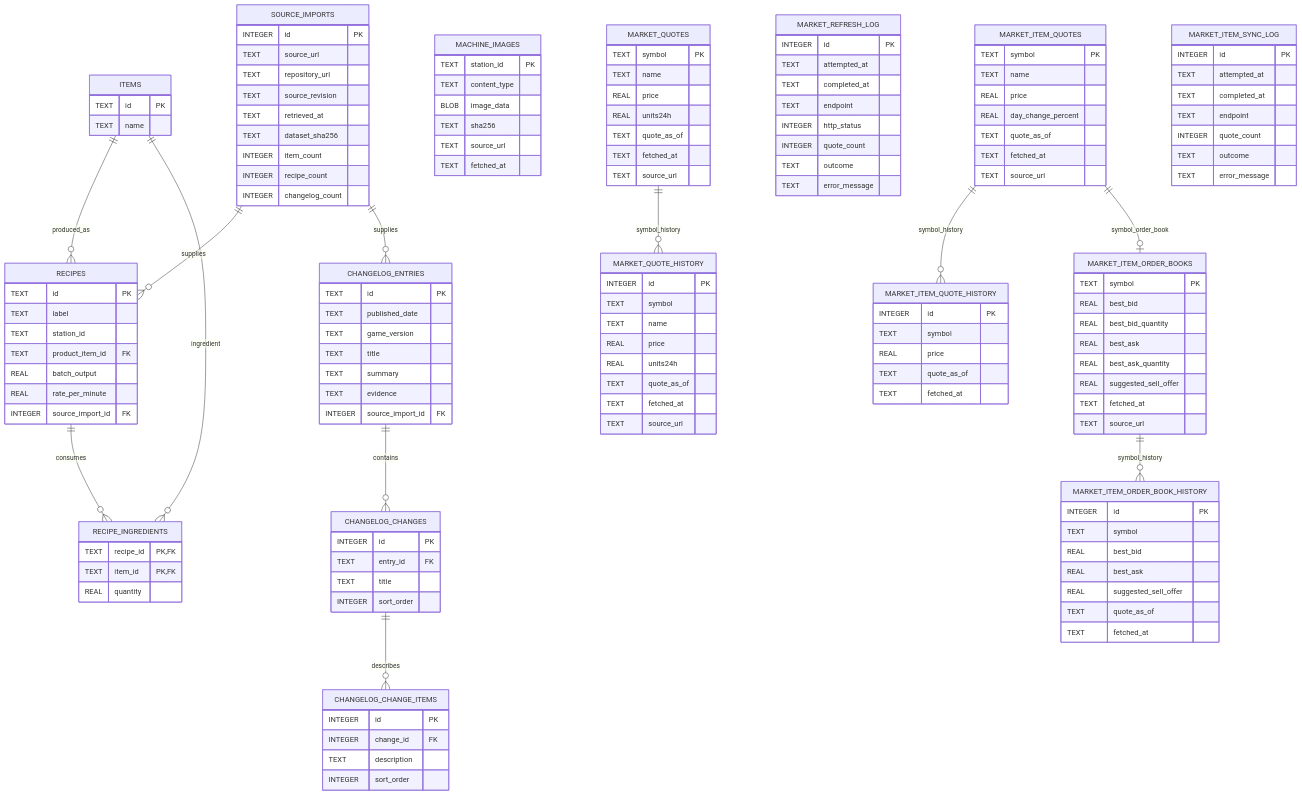
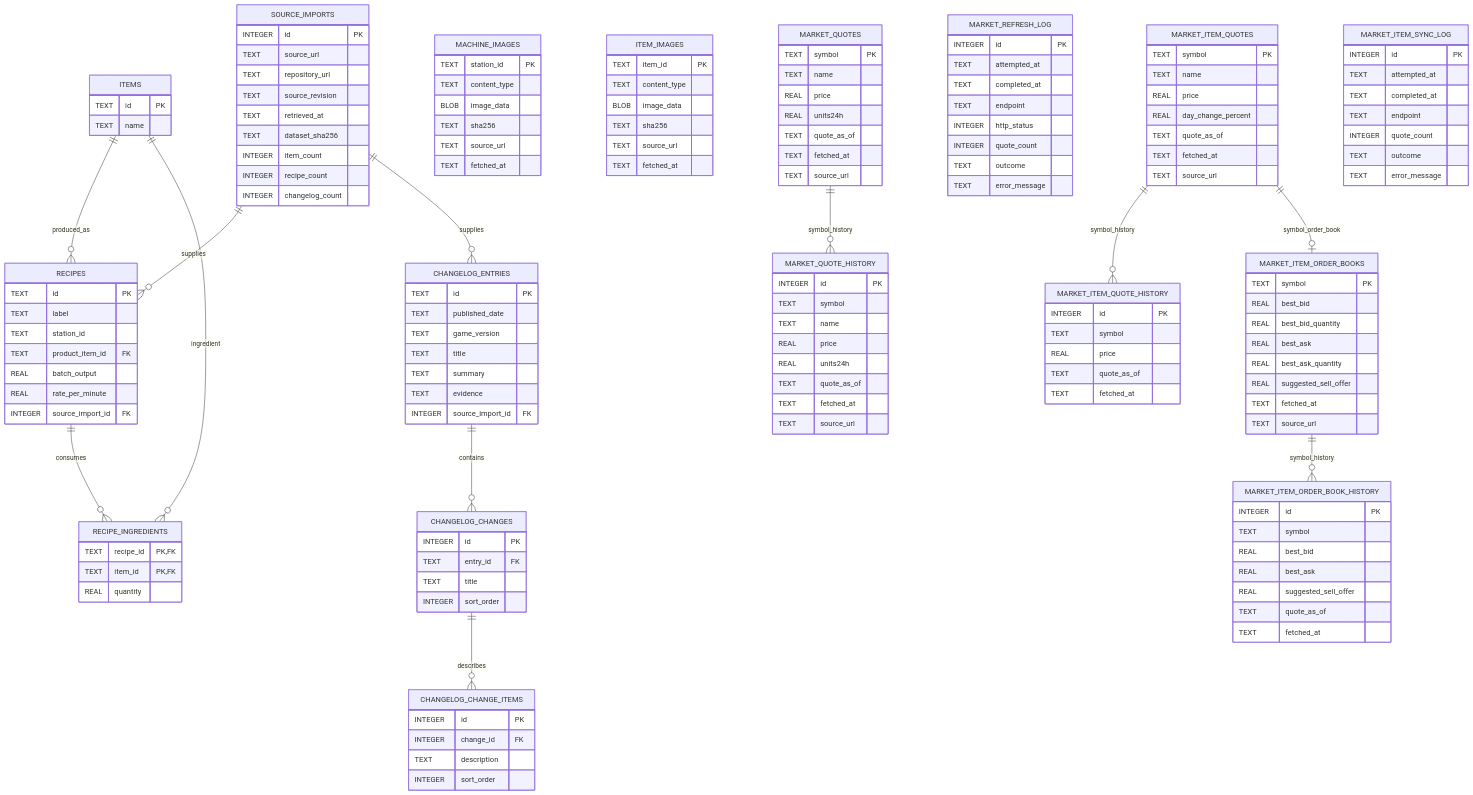
One commit to ffishstix/capitalCalculator changed the diagram in docs/DATABASE_DIAGRAM.md. Above: the diagram before and after it, drawn with Mermaid. The commit also changed other lines of this file and 14 other files, not shown here.

Commit message:
Store game item images in D1 and show them throughout planner

```diff
--- a/docs/DATABASE_DIAGRAM.md
+++ b/docs/DATABASE_DIAGRAM.md
@@ -23,6 +23,15 @@
 
     MACHINE_IMAGES {
         TEXT station_id PK
+        TEXT content_type
+        BLOB image_data
+        TEXT sha256
+        TEXT source_url
+        TEXT fetched_at
+    }
+
+    ITEM_IMAGES {
+        TEXT item_id PK
         TEXT content_type
         BLOB image_data
         TEXT sha256
```
